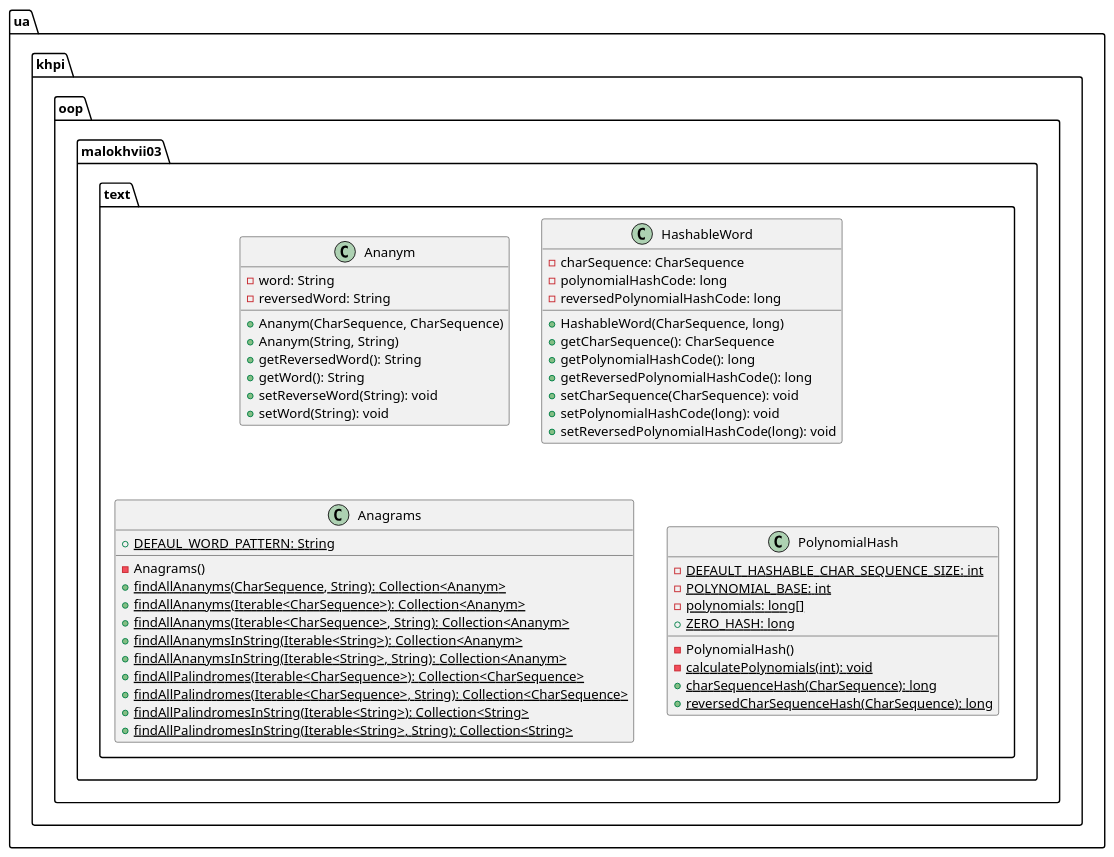
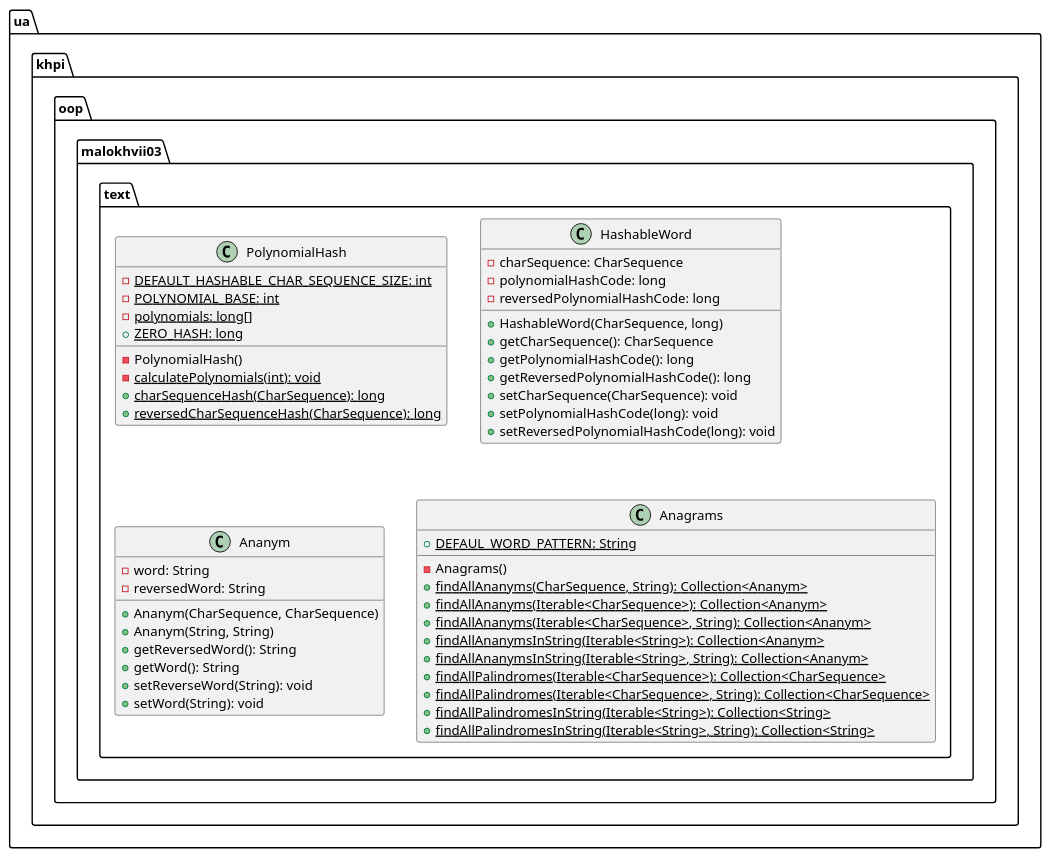
The diagram in malokhvii-eduard/malokhvii03/doc/plantuml/ua/khpi/oop/malokhvii03/text/package.puml (P-Kalin/kit26a), drawn with PlantUML before and after one commit. The commit also changed other lines of this file and 5 other files, not shown here.

Commit message:
#3 malokhvii03: update graphs

```diff
--- a/malokhvii-eduard/malokhvii03/doc/plantuml/ua/khpi/oop/malokhvii03/text/package.puml
+++ b/malokhvii-eduard/malokhvii03/doc/plantuml/ua/khpi/oop/malokhvii03/text/package.puml
@@ -1,56 +1,56 @@
 @startuml
 
     namespace ua.khpi.oop.malokhvii03.text {
 
-        class Ananym {
-            -word: String
-            -reversedWord: String
-            +Ananym(CharSequence, CharSequence)
-            +Ananym(String, String)
-            +getReversedWord(): String
-            +getWord(): String
-            +setReverseWord(String): void
-            +setWord(String): void
+        class PolynomialHash {
+            {static} -DEFAULT_HASHABLE_CHAR_SEQUENCE_SIZE: int
+            {static} -POLYNOMIAL_BASE: int
+            {static} -polynomials: long[]
+            {static} +ZERO_HASH: long
+            -PolynomialHash()
+            {static} -calculatePolynomials(int): void
+            {static} +charSequenceHash(CharSequence): long
+            {static} +reversedCharSequenceHash(CharSequence): long
         }
 
         class HashableWord {
             -charSequence: CharSequence
             -polynomialHashCode: long
             -reversedPolynomialHashCode: long
             +HashableWord(CharSequence, long)
             +getCharSequence(): CharSequence
             +getPolynomialHashCode(): long
             +getReversedPolynomialHashCode(): long
             +setCharSequence(CharSequence): void
             +setPolynomialHashCode(long): void
             +setReversedPolynomialHashCode(long): void
+        }
+
+        class Ananym {
+            -word: String
+            -reversedWord: String
+            +Ananym(CharSequence, CharSequence)
+            +Ananym(String, String)
+            +getReversedWord(): String
+            +getWord(): String
+            +setReverseWord(String): void
+            +setWord(String): void
         }
 
         class Anagrams {
             {static} +DEFAUL_WORD_PATTERN: String
             -Anagrams()
             {static} +findAllAnanyms(CharSequence, String): Collection<Ananym>
             {static} +findAllAnanyms(Iterable<CharSequence>): Collection<Ananym>
             {static} +findAllAnanyms(Iterable<CharSequence>, String): Collection<Ananym>
             {static} +findAllAnanymsInString(Iterable<String>): Collection<Ananym>
             {static} +findAllAnanymsInString(Iterable<String>, String): Collection<Ananym>
             {static} +findAllPalindromes(Iterable<CharSequence>): Collection<CharSequence>
             {static} +findAllPalindromes(Iterable<CharSequence>, String): Collection<CharSequence>
             {static} +findAllPalindromesInString(Iterable<String>): Collection<String>
             {static} +findAllPalindromesInString(Iterable<String>, String): Collection<String>
         }
 
-        class PolynomialHash {
-            {static} -DEFAULT_HASHABLE_CHAR_SEQUENCE_SIZE: int
-            {static} -POLYNOMIAL_BASE: int
-            {static} -polynomials: long[]
-            {static} +ZERO_HASH: long
-            -PolynomialHash()
-            {static} -calculatePolynomials(int): void
-            {static} +charSequenceHash(CharSequence): long
-            {static} +reversedCharSequenceHash(CharSequence): long
-        }
-
     }
 
 @enduml
```
